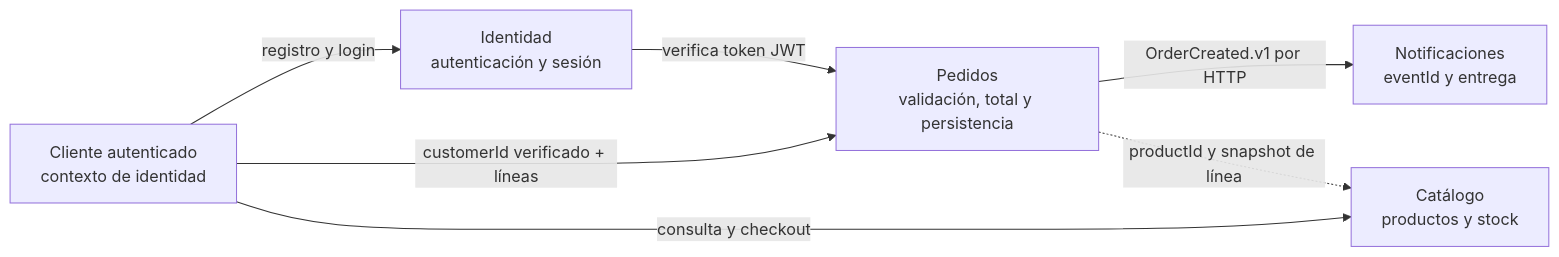
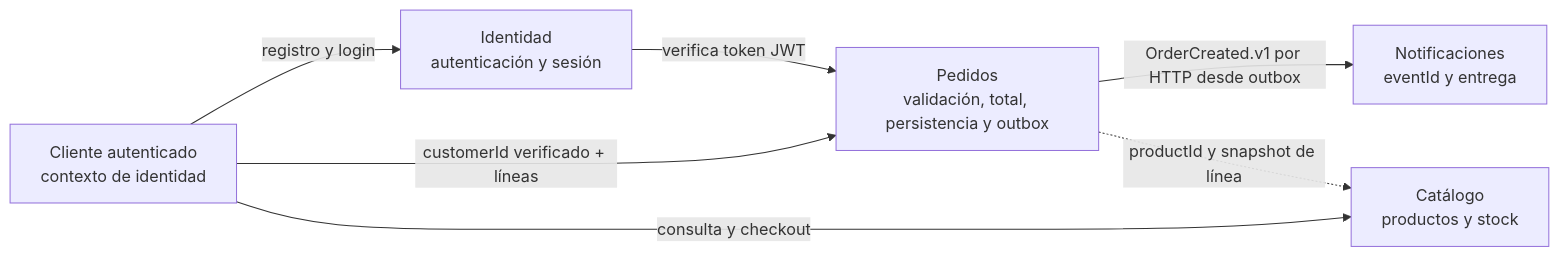
The second of 10 diagrams in docs/wiki/architecture-overview.md (HectorARiascosI/mileshop-platform), drawn with Mermaid before and after one commit. The commit also changed other lines of this file and 42 other files, not shown here.

Commit message:
feat(orders): make order creation idempotent and recover event delivery

````diff
--- a/docs/wiki/architecture-overview.md
+++ b/docs/wiki/architecture-overview.md
@@ -40,15 +40,15 @@
 ```mermaid
 flowchart LR
     Customer[Cliente autenticado\ncontexto de identidad]
     IdentityCtx[Identidad\nautenticación y sesión]
     CatalogCtx[Catálogo\nproductos y stock]
-    OrdersCtx[Pedidos\nvalidación, total y persistencia]
+    OrdersCtx[Pedidos\nvalidación, total, persistencia y outbox]
     NotificationCtx[Notificaciones\neventId y entrega]
 
     Customer -->|registro y login| IdentityCtx
     Customer -->|consulta y checkout| CatalogCtx
     Customer -->|customerId verificado + líneas| OrdersCtx
     IdentityCtx -->|verifica token JWT| OrdersCtx
-    OrdersCtx -->|OrderCreated.v1 por HTTP| NotificationCtx
+    OrdersCtx -->|OrderCreated.v1 por HTTP desde outbox| NotificationCtx
     OrdersCtx -.->|productId y snapshot de línea| CatalogCtx
 ```
````
